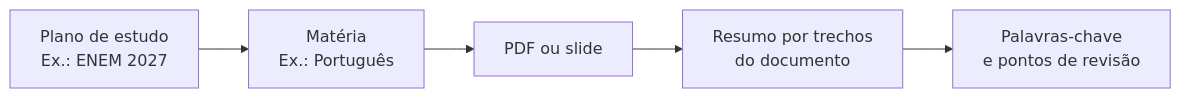
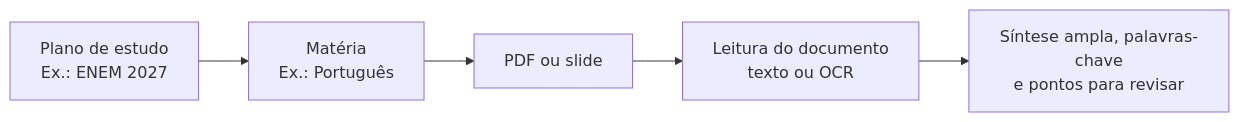
The diagram in README.md (Victor-Hugo-A/organiza-concursos), drawn with Mermaid before and after one commit. The commit also changed other lines of this file and 11 other files, not shown here.

````diff
--- a/README.md
+++ b/README.md
@@ -17,7 +17,7 @@
 ```mermaid
 flowchart LR
     A[Plano de estudo<br/>Ex.: ENEM 2027] --> B[Matéria<br/>Ex.: Português]
     B --> C[PDF ou slide]
-    C --> D[Resumo por trechos<br/>do documento]
-    D --> E[Palavras-chave<br/>e pontos de revisão]
+    C --> D[Leitura do documento<br/>texto ou OCR]
+    D --> E[Síntese ampla, palavras-chave<br/>e pontos para revisar]
 ```
````
